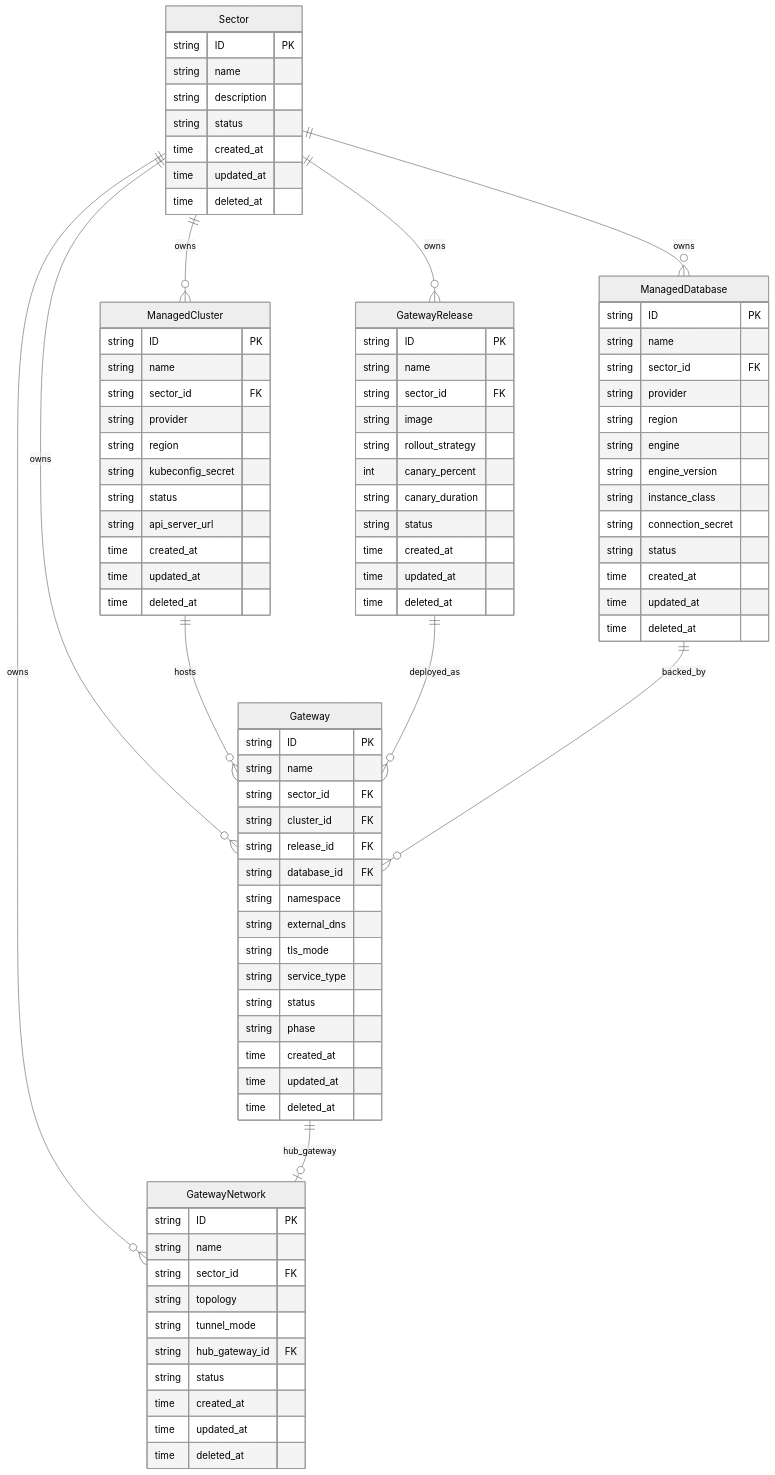
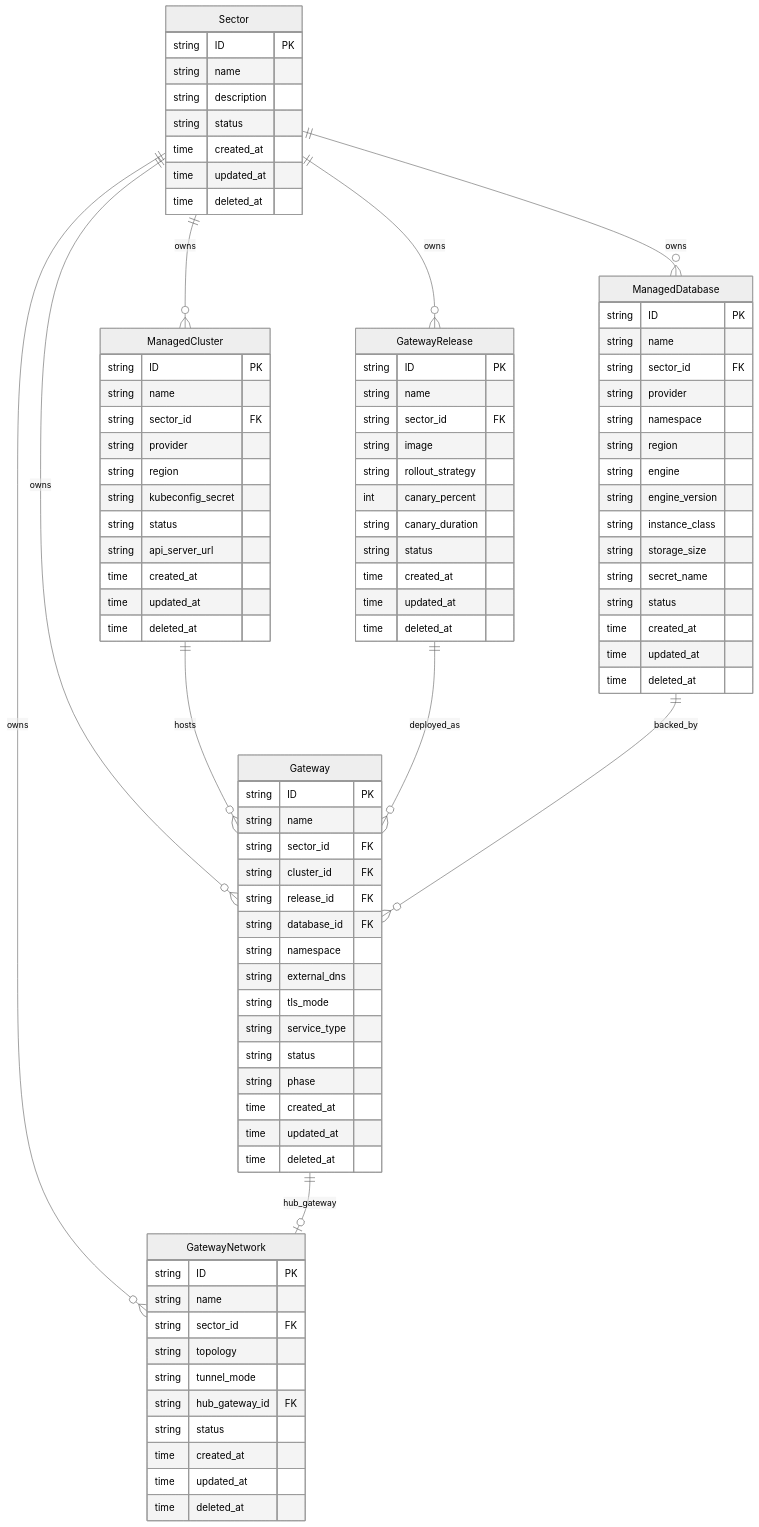
Before and after one commit to openshift-online/hypershell: the diagram in specs/platform/data-model.spec.md, drawn with Mermaid (neutral theme). The commit also changed other lines of this file and 1 other file, not shown here.

```diff
--- a/specs/platform/data-model.spec.md
+++ b/specs/platform/data-model.spec.md
@@ -48,11 +48,13 @@
         string name
         string sector_id FK
         string provider
+        string namespace
         string region
         string engine
         string engine_version
         string instance_class
-        string connection_secret
+        string storage_size
+        string secret_name
         string status
         time created_at
         time updated_at
```
